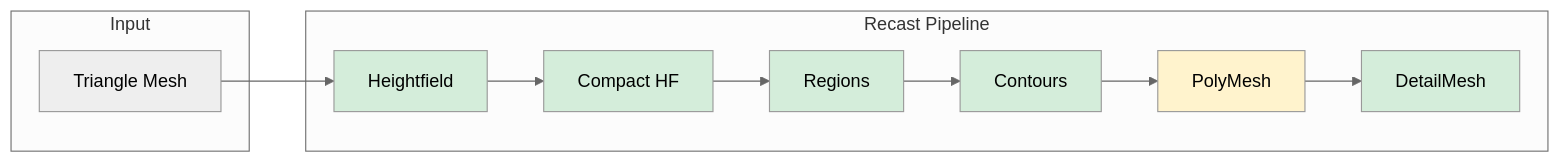
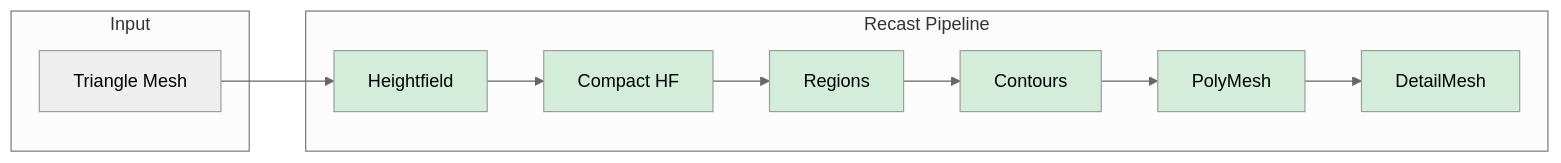
Before and after one commit to wowemulation-dev/recast-rs: the diagram in README.md, drawn with Mermaid. The commit also changed other lines of this file and 3 other files, not shown here.

````diff
--- a/README.md
+++ b/README.md
@@ -29,28 +29,28 @@
 ```mermaid
 ---
 config:
   theme: neutral
 ---
 flowchart LR
     subgraph Input
         A[Triangle Mesh]
     end
 
     subgraph Recast Pipeline
         B[Heightfield]
         C[Compact HF]
         D[Regions]
         E[Contours]
         F[PolyMesh]
         G[DetailMesh]
     end
 
     A --> B --> C --> D --> E --> F --> G
 
     style B fill:#d4edda
     style C fill:#d4edda
     style D fill:#d4edda
     style E fill:#d4edda
-    style F fill:#fff3cd
+    style F fill:#d4edda
     style G fill:#d4edda
 ```
````
